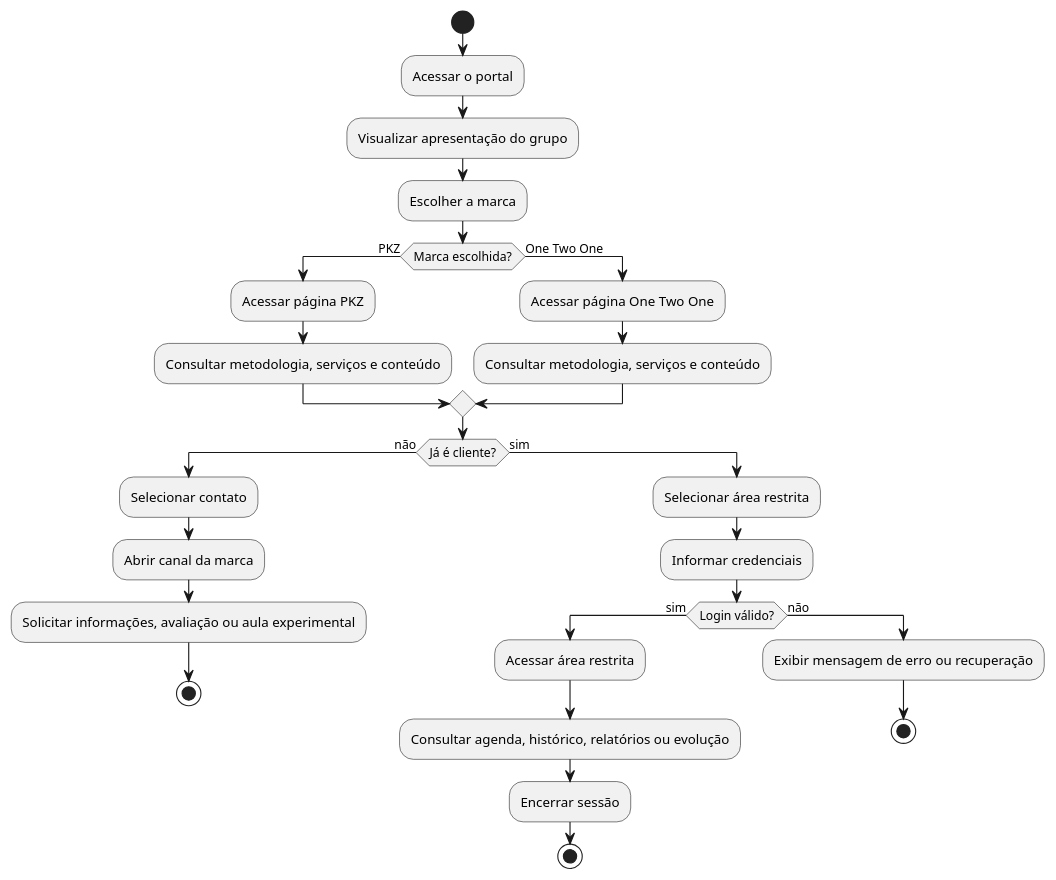
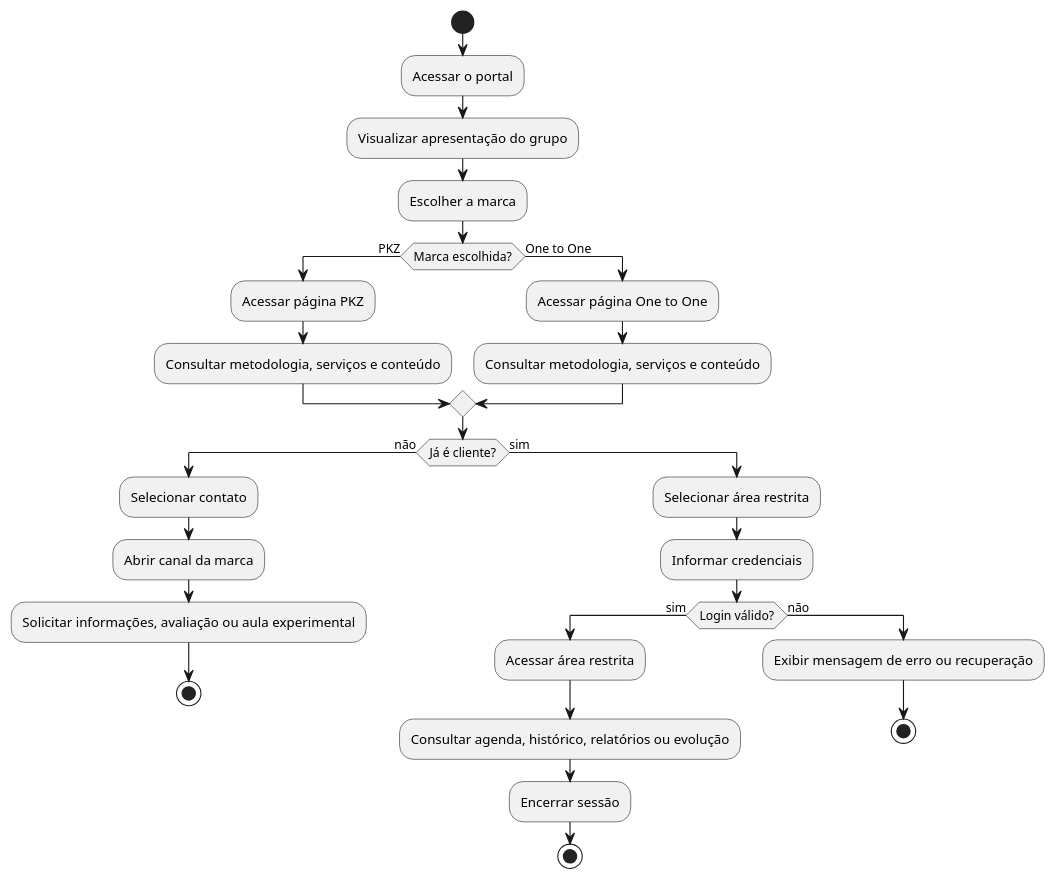
The diagram in AHT.md (gugasaraivasilva-ai/PFE-2026-2-AP1-Grupo3-sexta), drawn with PlantUML before and after one commit. The commit also changed other lines of this file and 4 other files, not shown here.

````diff
--- a/AHT.md
+++ b/AHT.md
@@ -122,33 +122,33 @@
 ```plantuml
 @startuml
 start
 :Acessar o portal;
 :Visualizar apresentação do grupo;
 :Escolher a marca;
 if (Marca escolhida?) then (PKZ)
   :Acessar página PKZ;
   :Consultar metodologia, serviços e conteúdo;
-else (One Two One)
-  :Acessar página One Two One;
+else (One to One)
+  :Acessar página One to One;
   :Consultar metodologia, serviços e conteúdo;
 endif
 if (Já é cliente?) then (não)
   :Selecionar contato;
   :Abrir canal da marca;
   :Solicitar informações, avaliação ou aula experimental;
   stop
 else (sim)
   :Selecionar área restrita;
   :Informar credenciais;
   if (Login válido?) then (sim)
     :Acessar área restrita;
     :Consultar agenda, histórico, relatórios ou evolução;
     :Encerrar sessão;
     stop
   else (não)
     :Exibir mensagem de erro ou recuperação;
     stop
   endif
 endif
 @enduml
 ```
````
